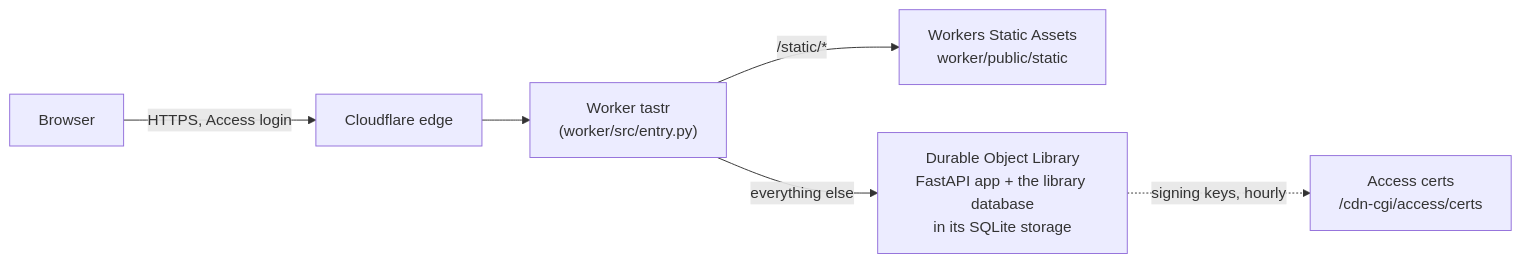
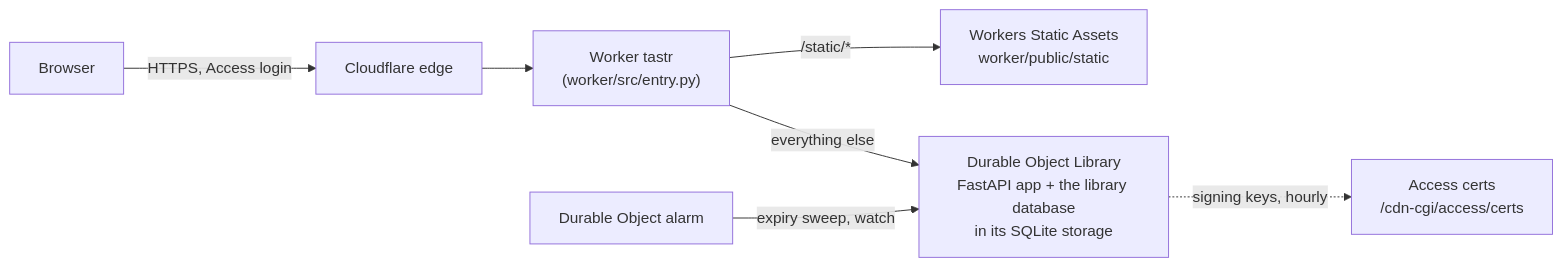
One commit to pocketIlmatto/tastr changed the third of 3 diagrams in docs/hosting-map.md. Above: the diagram before and after it, drawn with Mermaid. The commit also changed other lines of this file and 13 other files, not shown here.

````diff
--- a/docs/hosting-map.md
+++ b/docs/hosting-map.md
@@ -294,8 +294,9 @@
 ```mermaid
 flowchart LR
     B[Browser] -->|HTTPS, Access login| CF[Cloudflare edge]
     CF --> W["Worker tastr<br/>(worker/src/entry.py)"]
     W -->|/static/*| SA[Workers Static Assets<br/>worker/public/static]
     W -->|everything else| DO["Durable Object Library<br/>FastAPI app + the library database<br/>in its SQLite storage"]
     DO -.->|signing keys, hourly| AK[Access certs<br/>/cdn-cgi/access/certs]
+    AL[Durable Object alarm] -->|expiry sweep, watch| DO
 ```
````
